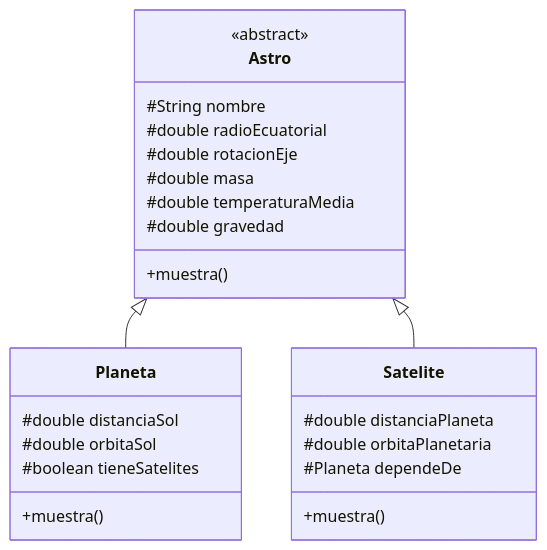
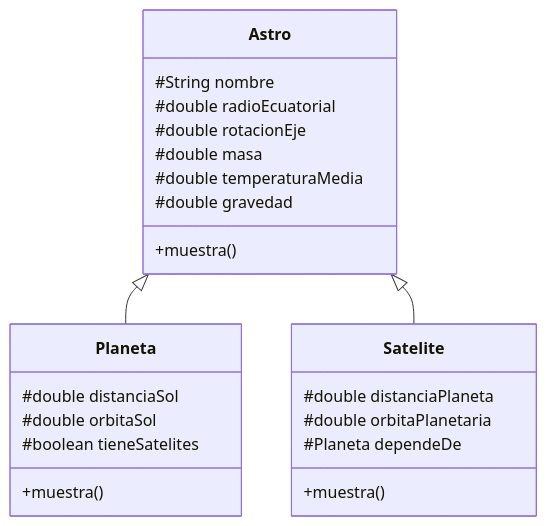
One commit to martinezpenya/1DAMProgramacion changed the first of 3 diagrams in docs/UD08/UD08_ejercicios_ES.md. Above: the diagram before and after it, drawn with Mermaid. The commit also changed other lines of this file, not shown here.

````diff
--- a/docs/UD08/UD08_ejercicios_ES.md
+++ b/docs/UD08/UD08_ejercicios_ES.md
@@ -393,26 +422,25 @@
 ```mermaid
 classDiagram
     Astro <|-- Planeta
     Astro <|-- Satelite
    
     Astro : #String nombre
     Astro : #double radioEcuatorial
     Astro : #double rotacionEje
     Astro : #double masa
     Astro: #double temperaturaMedia
     Astro: #double gravedad
     Astro: +muestra()
-    <<abstract>> Astro
     class Planeta{
         #double distanciaSol
         #double orbitaSol
         #boolean tieneSatelites
         +muestra()
     }
     class Satelite{
         #double distanciaPlaneta
         #double orbitaPlanetaria
         #Planeta dependeDe
         +muestra()
     }
 ```
````
